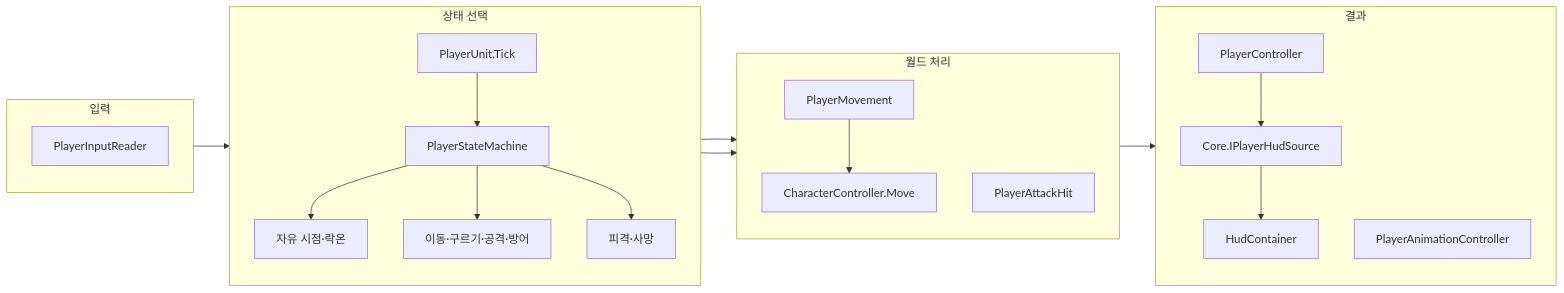
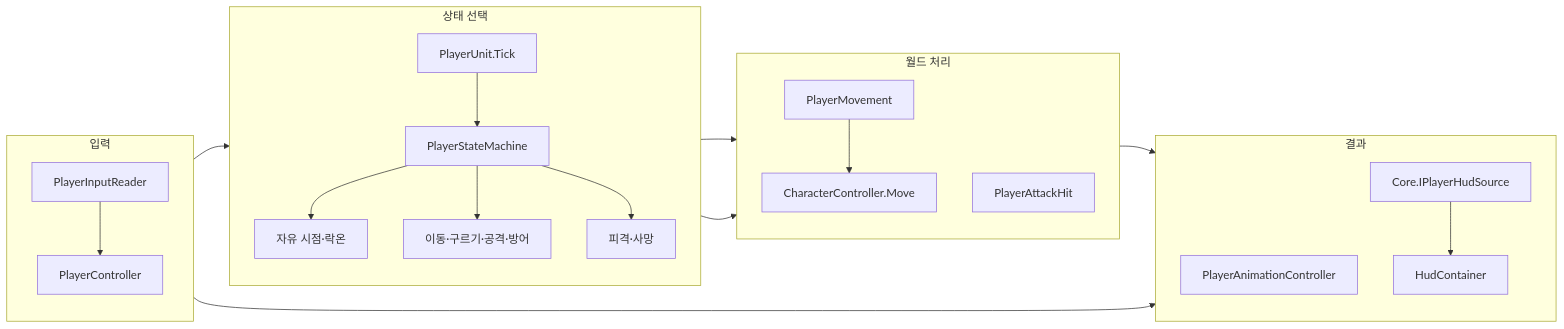
Before and after one commit to rudIsland/3D_Game_Dev: the diagram in WorkSpace/Refact_3DGame/Assets/_Project/10.Player/README.md, drawn with Mermaid. The commit also changed 50 other files, not shown here.

````diff
--- a/WorkSpace/Refact_3DGame/Assets/_Project/10.Player/README.md
+++ b/WorkSpace/Refact_3DGame/Assets/_Project/10.Player/README.md
@@ -38,35 +38,35 @@
 ```mermaid
 flowchart LR
     subgraph input["입력"]
         direction TB
         PlayerInputReader["PlayerInputReader"]
+        PlayerController["PlayerController"]
     end
     subgraph decision["상태 선택"]
         direction TB
         PlayerUnit["PlayerUnit.Tick"]
         PlayerStateMachine["PlayerStateMachine"]
         LookState["자유 시점·락온"]
         ActionStates["이동·구르기·공격·방어"]
         HitDeadStates["피격·사망"]
     end
     subgraph process["월드 처리"]
         direction TB
         PlayerMovement["PlayerMovement"]
         PlayerAttackHit["PlayerAttackHit"]
         CharacterController["CharacterController.Move"]
     end
     subgraph output["결과"]
         direction TB
-        PlayerController["PlayerController"]
         PlayerAnimationController["PlayerAnimationController"]
         IPlayerHudSource["Core.IPlayerHudSource"]
         HudContainer["HudContainer"]
     end
-    PlayerInputReader --> PlayerUnit --> PlayerStateMachine
+    PlayerInputReader --> PlayerController --> PlayerUnit --> PlayerStateMachine
     PlayerStateMachine --> LookState
     PlayerStateMachine --> ActionStates --> PlayerMovement --> CharacterController
     ActionStates --> PlayerAttackHit
     PlayerStateMachine --> HitDeadStates
     PlayerMovement --> PlayerAnimationController
     PlayerController --> IPlayerHudSource --> HudContainer
 ```
````
